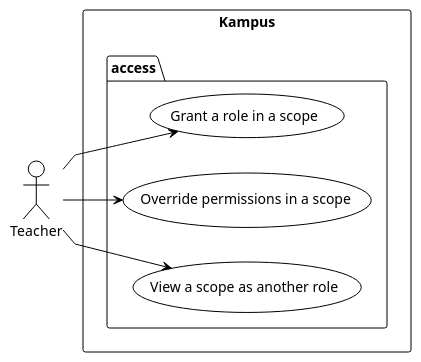
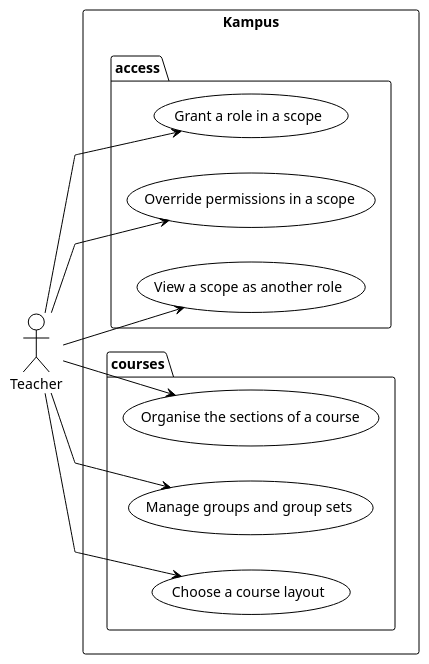
Before and after one commit to didactika/kampus: the diagram in docs/01-requirements/use-cases-teacher.puml, drawn with PlantUML. The commit also changed 85 other files, not shown here.

First line of the commit message:
docs(docs): design categories, courses, sections and groups

```diff
--- a/docs/01-requirements/use-cases-teacher.puml
+++ b/docs/01-requirements/use-cases-teacher.puml
@@ -1,20 +1,28 @@
 @startuml
 !theme plain
 skinparam linetype polyline
 left to right direction
 
 actor "Teacher" as A_Teacher
 
 rectangle "Kampus" {
   package "access" {
     usecase "Grant a role in a scope" as UC_grantRole
     usecase "Override permissions in a scope" as UC_overridePermission
     usecase "View a scope as another role" as UC_viewAsRole
   }
+  package "courses" {
+    usecase "Organise the sections of a course" as UC_organiseSections
+    usecase "Manage groups and group sets" as UC_manageGroups
+    usecase "Choose a course layout" as UC_chooseCourseLayout
+  }
 }
 
 A_Teacher --> UC_grantRole
 A_Teacher --> UC_overridePermission
 A_Teacher --> UC_viewAsRole
+A_Teacher --> UC_organiseSections
+A_Teacher --> UC_manageGroups
+A_Teacher --> UC_chooseCourseLayout
 
 @enduml
```
